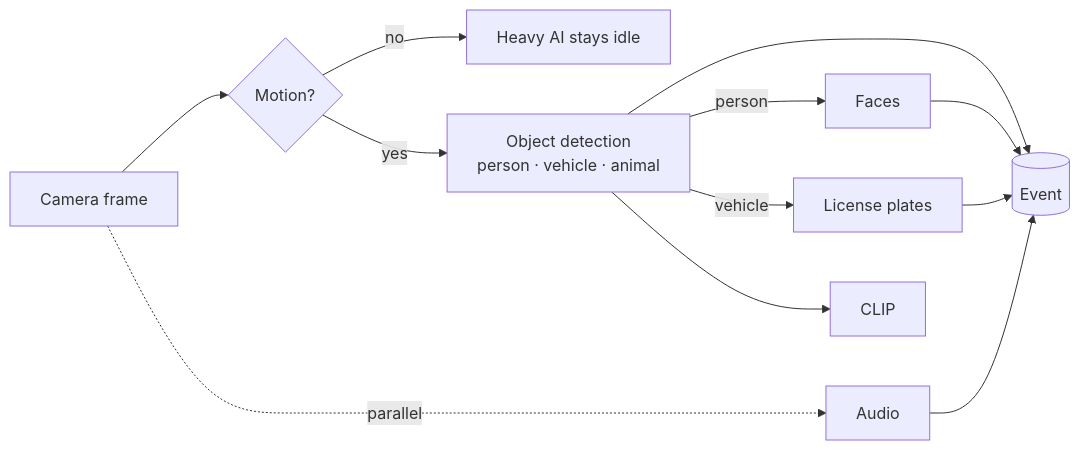
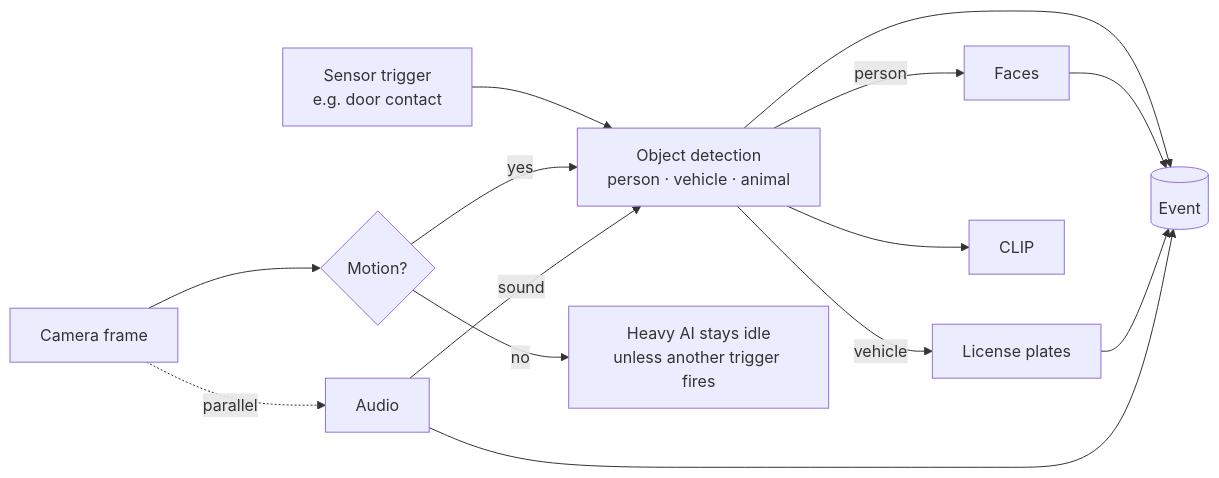
The diagram in detection/index.md (cameraui/docs), drawn with Mermaid before and after one commit. The commit also changed other lines of this file and 108 other files, not shown here.

````diff
--- a/detection/index.md
+++ b/detection/index.md
@@ -18,14 +18,16 @@
 ```mermaid
 flowchart LR
   cam[Camera frame] --> motion{Motion?}
   cam -. parallel .-> audio[Audio]
-  motion -- no --> idle[Heavy AI stays idle]
+  sensor[Sensor trigger<br/>e.g. door contact] --> obj
+  motion -- no --> idle[Heavy AI stays idle<br/>unless another trigger fires]
   motion -- yes --> obj[Object detection<br/>person · vehicle · animal]
+  audio -- sound --> obj
   obj -- person --> face[Faces]
   obj -- vehicle --> plate[License plates]
   obj --> clip[CLIP]
   obj --> ev[(Event)]
   face --> ev
   plate --> ev
   audio --> ev
 ```
````
